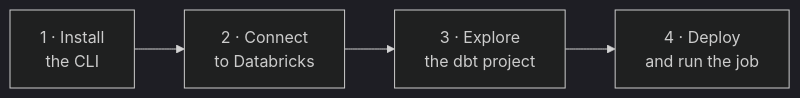
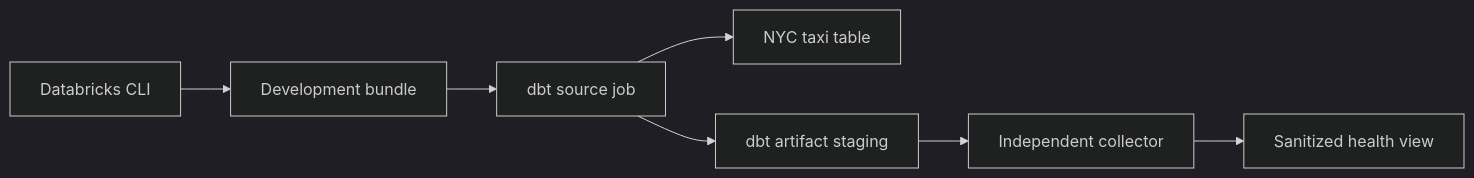
The diagram in docs/tutorials/index.md (MiguelElGallo/bricks-cli), drawn with Mermaid (dark theme) before and after one commit. The commit also changed other lines of this file and 67 other files, not shown here.

````diff
--- a/docs/tutorials/index.md
+++ b/docs/tutorials/index.md
@@ -53,6 +14,9 @@
 ```mermaid
 flowchart LR
-    a["1 · Install<br/>the CLI"] --> b["2 · Connect<br/>to Databricks"]
-    b --> c["3 · Explore<br/>the dbt project"]
-    c --> d["4 · Deploy<br/>and run the job"]
+    cli["Databricks CLI"] --> bundle["Development bundle"]
+    bundle --> source["dbt source job"]
+    source --> table["NYC taxi table"]
+    source --> staging["dbt artifact staging"]
+    staging --> collector["Independent collector"]
+    collector --> health["Sanitized health view"]
 ```
````
